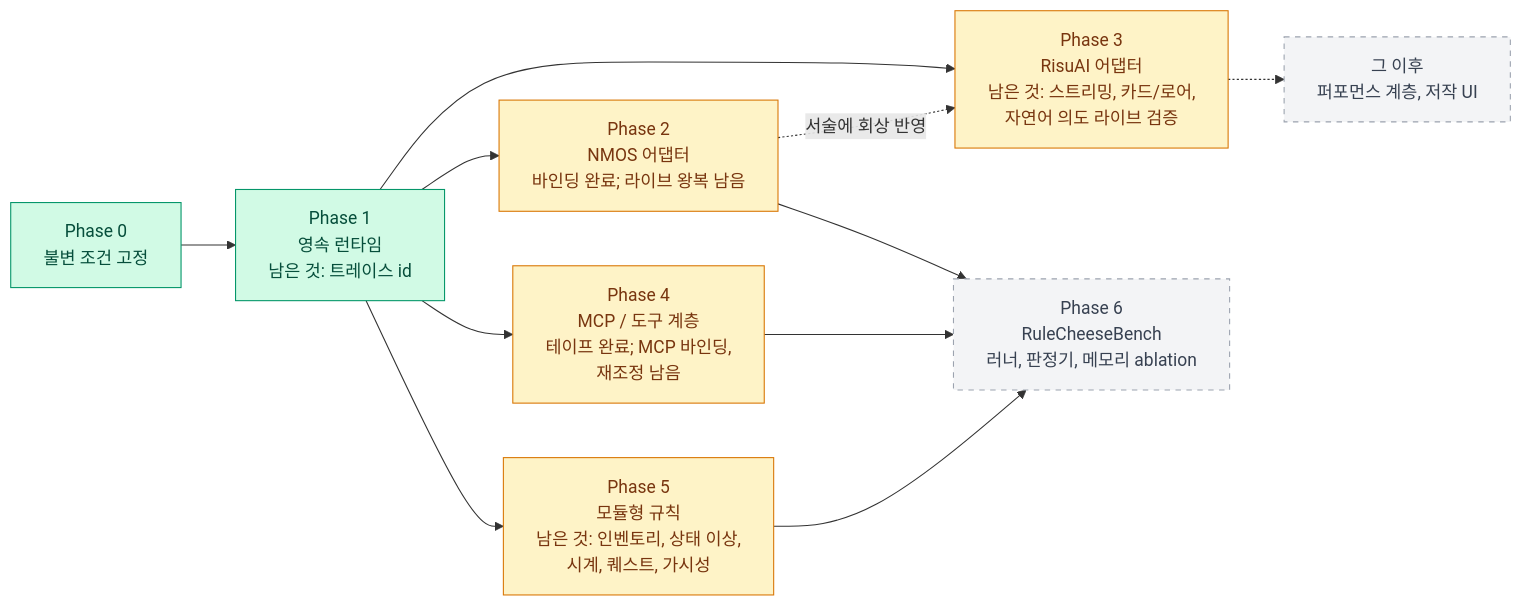
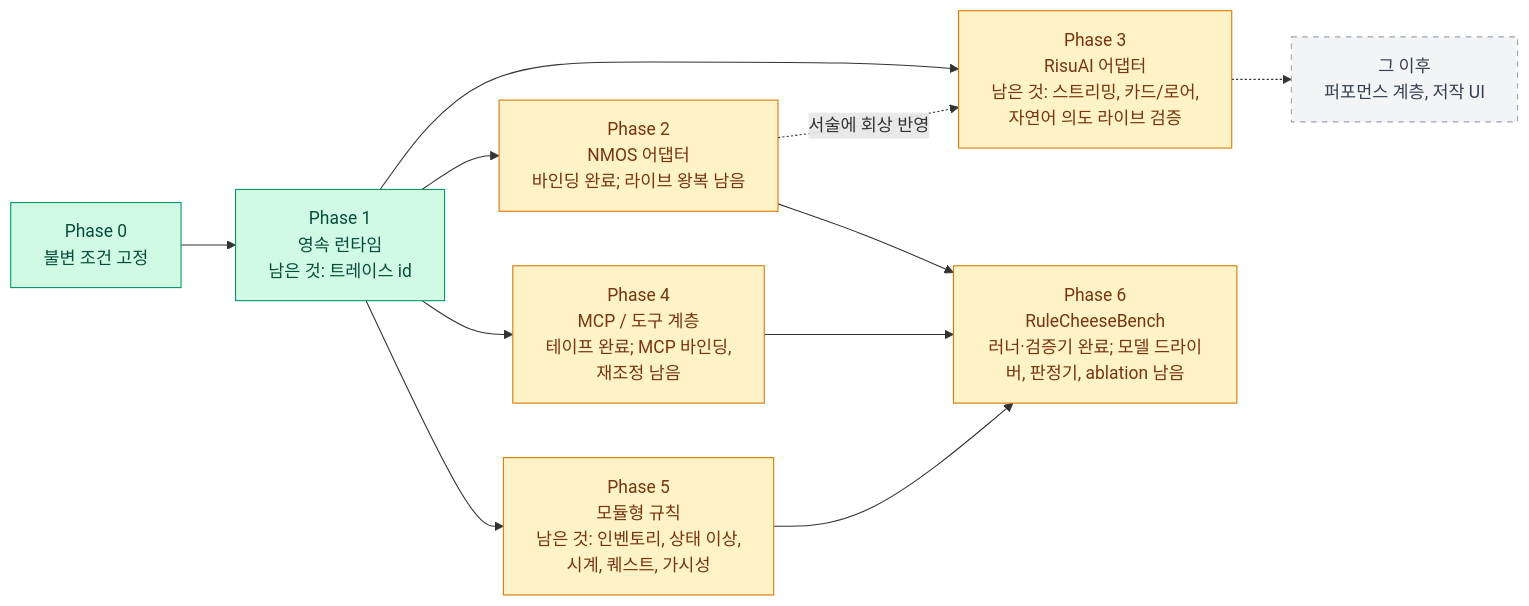
One commit to Sallos725/SAGA changed the second of 2 diagrams in README.ko.md. Above: the diagram before and after it, drawn with Mermaid. The commit also changed other lines of this file and 11 other files, not shown here.

First line of the commit message:
feat: RuleCheeseBench runner on the production runtime

````diff
--- a/README.ko.md
+++ b/README.ko.md
@@ -96,21 +96,21 @@
 ```mermaid
 flowchart LR
     p0["Phase 0<br/>불변 조건 고정"]:::done
     p1["Phase 1<br/>영속 런타임<br/>남은 것: 트레이스 id"]:::done
     p2["Phase 2<br/>NMOS 어댑터<br/>바인딩 완료; 라이브 왕복 남음"]:::partial
     p3["Phase 3<br/>RisuAI 어댑터<br/>남은 것: 스트리밍, 카드/로어,<br/>자연어 의도 라이브 검증"]:::partial
     p4["Phase 4<br/>MCP / 도구 계층<br/>테이프 완료; MCP 바인딩,<br/>재조정 남음"]:::partial
     p5["Phase 5<br/>모듈형 규칙<br/>남은 것: 인벤토리, 상태 이상,<br/>시계, 퀘스트, 가시성"]:::partial
-    p6["Phase 6<br/>RuleCheeseBench<br/>러너, 판정기, 메모리 ablation"]:::planned
+    p6["Phase 6<br/>RuleCheeseBench<br/>러너·검증기 완료; 모델 드라이버, 판정기, ablation 남음"]:::partial
     later["그 이후<br/>퍼포먼스 계층, 저작 UI"]:::planned
 
     p0 --> p1
     p1 --> p2 & p3 & p4 & p5
     p2 -. "서술에 회상 반영" .-> p3
     p2 & p4 & p5 --> p6
     p3 -.-> later
 
     classDef done fill:#d1fae5,stroke:#059669,color:#064e3b
     classDef partial fill:#fef3c7,stroke:#d97706,color:#78350f
     classDef planned fill:#f3f4f6,stroke:#9ca3af,color:#374151,stroke-dasharray: 5 5
 ```
````
